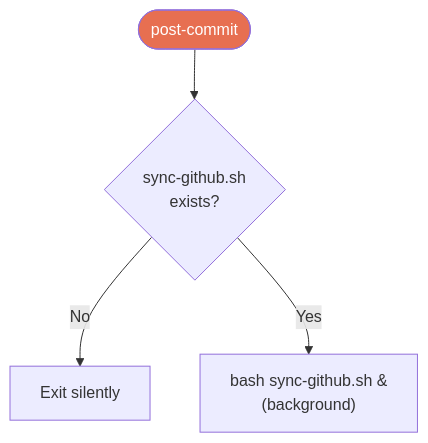
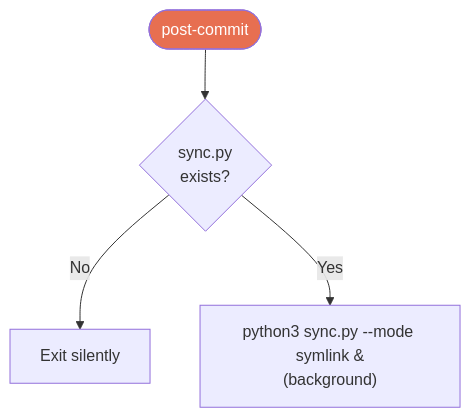
Diagram 12 of 16 in docs/DESIGN-DIAGRAMS.md (ElliottBregni/obscura), drawn with Mermaid before and after one commit. The commit also changed other lines of this file and 35 other files, not shown here.

````diff
--- a/docs/DESIGN-DIAGRAMS.md
+++ b/docs/DESIGN-DIAGRAMS.md
@@ -660,8 +370,8 @@
 ```mermaid
 flowchart TD
-    Hook([post-commit]) --> CheckScript{"sync-github.sh<br/>exists?"}
+    Hook([post-commit]) --> CheckScript{"sync.py<br/>exists?"}
     CheckScript -->|No| Noop["Exit silently"]
-    CheckScript -->|Yes| RunAsync["bash sync-github.sh &<br/>(background)"]
+    CheckScript -->|Yes| RunAsync["python3 sync.py --mode symlink &<br/>(background)"]
 
     style Hook fill:#e76f51,color:#fff
 ```
````
